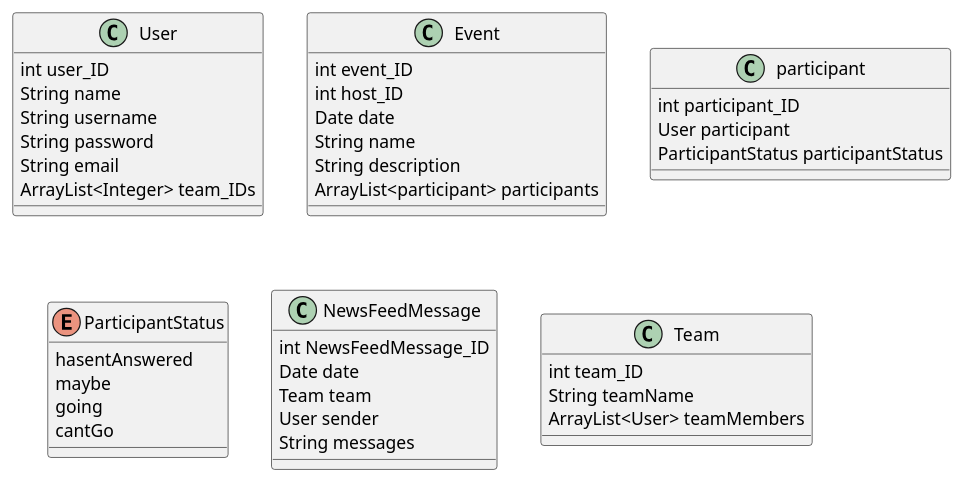
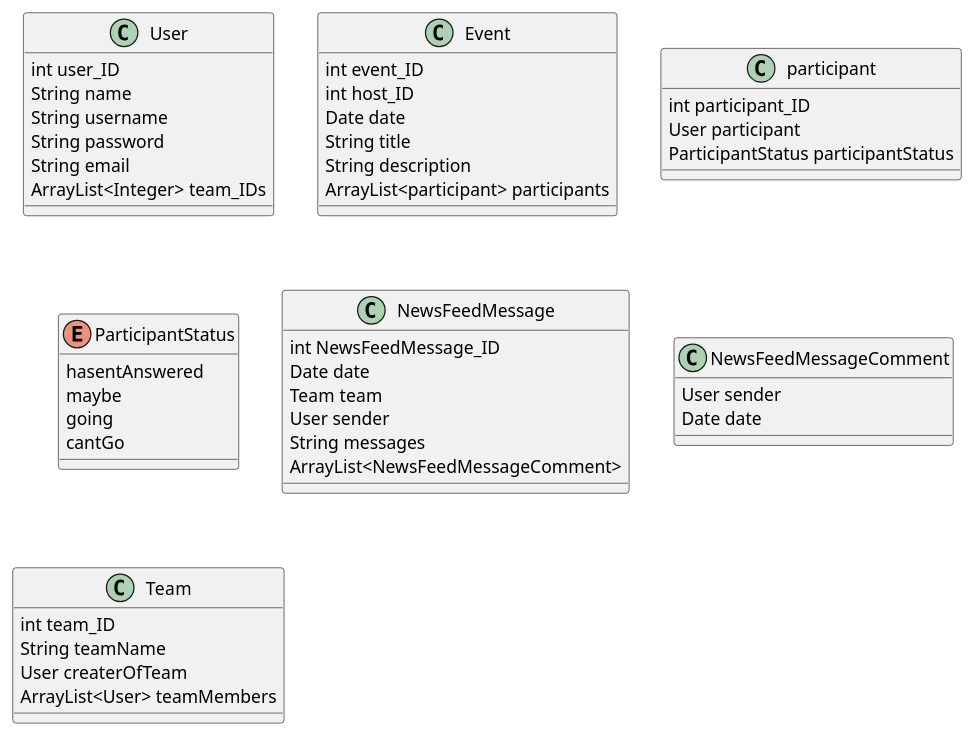
Before and after one commit to Rawlpluks/HoldCord: the diagram in Class diagram.wsd, drawn with PlantUML. The commit also changed 9 other files, not shown here.

```diff
--- a/Class diagram.wsd
+++ b/Class diagram.wsd
@@ -1,47 +1,54 @@
 @startuml
 class User{
     int user_ID
     String name
     String username
     String password
     String email
     ArrayList<Integer> team_IDs
 }
 
 class Event{
     int event_ID
     int host_ID
     Date date
-    String name
+    String title
     String description
     ArrayList<participant> participants
 }
 
 class participant{
     int participant_ID
     User participant
     ParticipantStatus participantStatus
 }
 
 enum ParticipantStatus{
     hasentAnswered
     maybe
     going
     cantGo
 }
 
 class NewsFeedMessage{
     int NewsFeedMessage_ID
     Date date
     Team team
     User sender
     String messages
+    ArrayList<NewsFeedMessageComment>
+}
+
+class NewsFeedMessageComment{
+    User sender
+    Date date
 }
 
 class Team{
     int team_ID
     String teamName
+    User createrOfTeam
     ArrayList<User> teamMembers
 }
 
 @enduml
```
